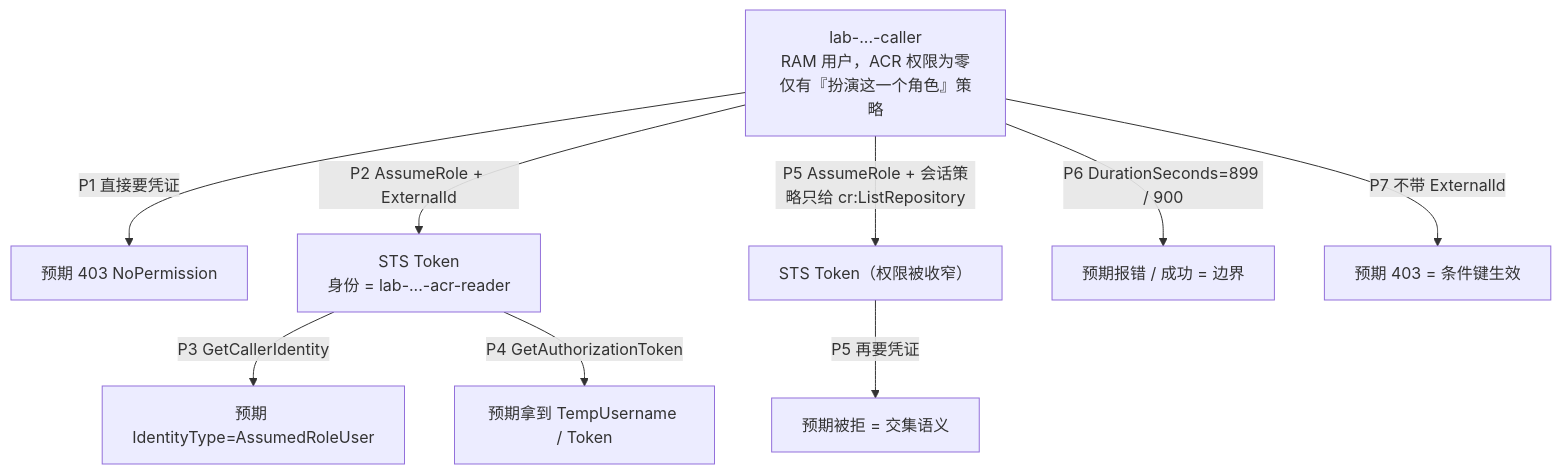
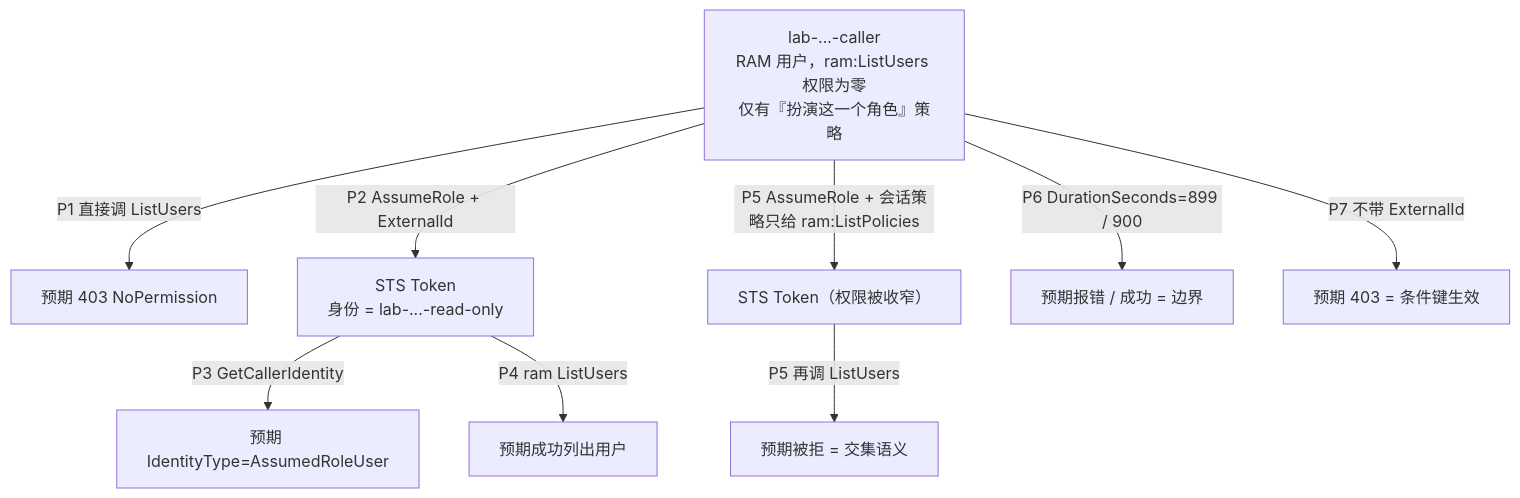
The diagram in README.md (zhaochunqi/aliyun-assume-role-lab), drawn with Mermaid before and after one commit. The commit also changed other lines of this file and 5 other files, not shown here.

First line of the commit message:
实验靶子从 ACR EE 换成 ram:ListUsers

````diff
--- a/README.md
+++ b/README.md
@@ -22,11 +24,11 @@
 ```mermaid
 flowchart TD
-    A["lab-...-caller<br/>RAM 用户，ACR 权限为零<br/>仅有『扮演这一个角色』策略"] -->|P1 直接要凭证| X1["预期 403 NoPermission"]
-    A -->|P2 AssumeRole + ExternalId| B["STS Token<br/>身份 = lab-...-acr-reader"]
+    A["lab-...-caller<br/>RAM 用户，ram:ListUsers 权限为零<br/>仅有『扮演这一个角色』策略"] -->|P1 直接调 ListUsers| X1["预期 403 NoPermission"]
+    A -->|P2 AssumeRole + ExternalId| B["STS Token<br/>身份 = lab-...-read-only"]
     B -->|P3 GetCallerIdentity| X3["预期 IdentityType=AssumedRoleUser"]
-    B -->|P4 GetAuthorizationToken| X4["预期拿到 TempUsername / Token"]
-    A -->|P5 AssumeRole + 会话策略只给 cr:ListRepository| C["STS Token（权限被收窄）"]
-    C -->|P5 再要凭证| X5["预期被拒 = 交集语义"]
+    B -->|P4 ram ListUsers| X4["预期成功列出用户"]
+    A -->|P5 AssumeRole + 会话策略只给 ram:ListPolicies| C["STS Token（权限被收窄）"]
+    C -->|P5 再调 ListUsers| X5["预期被拒 = 交集语义"]
     A -->|P6 DurationSeconds=899 / 900| X6["预期报错 / 成功 = 边界"]
     A -->|P7 不带 ExternalId| X7["预期 403 = 条件键生效"]
 ```
````
